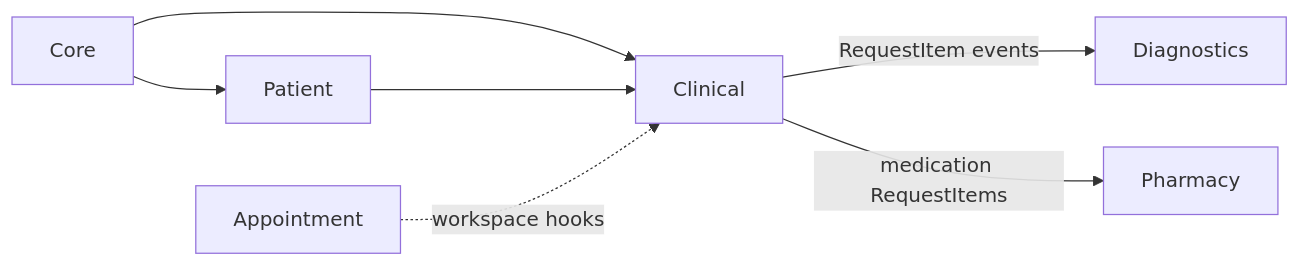
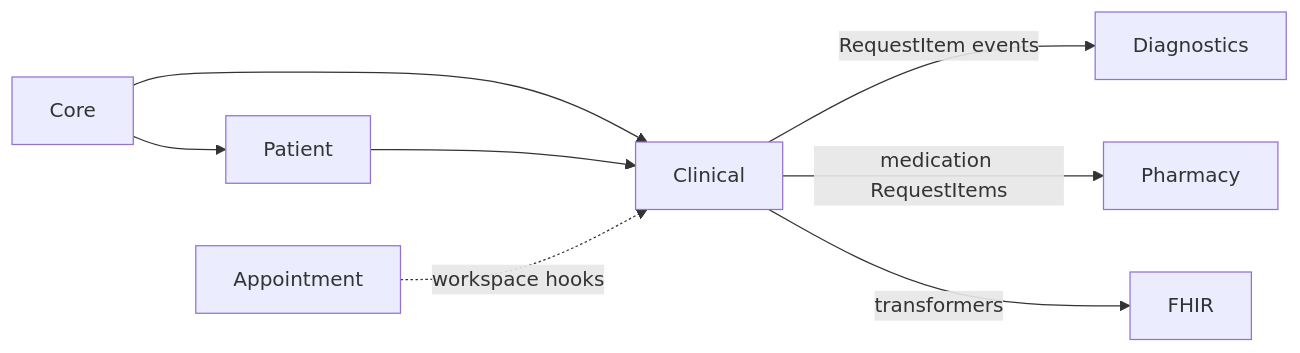
Before and after one commit to Flowrise-HMS/Clinical: the diagram in README.md, drawn with Mermaid. The commit also changed other lines of this file and 41 other files, not shown here.

````diff
--- a/README.md
+++ b/README.md
@@ -16,15 +17,17 @@
 ```mermaid
 flowchart LR
   Core[Core]
   Patient[Patient]
   Clinical[Clinical]
   Appointment[Appointment]
   Diagnostics[Diagnostics]
   Pharmacy[Pharmacy]
+  FHIR[FHIR]
   Core --> Patient
   Core --> Clinical
   Patient --> Clinical
   Appointment -.->|workspace hooks| Clinical
   Clinical -->|RequestItem events| Diagnostics
   Clinical -->|medication RequestItems| Pharmacy
+  Clinical -->|transformers| FHIR
 ```
````
